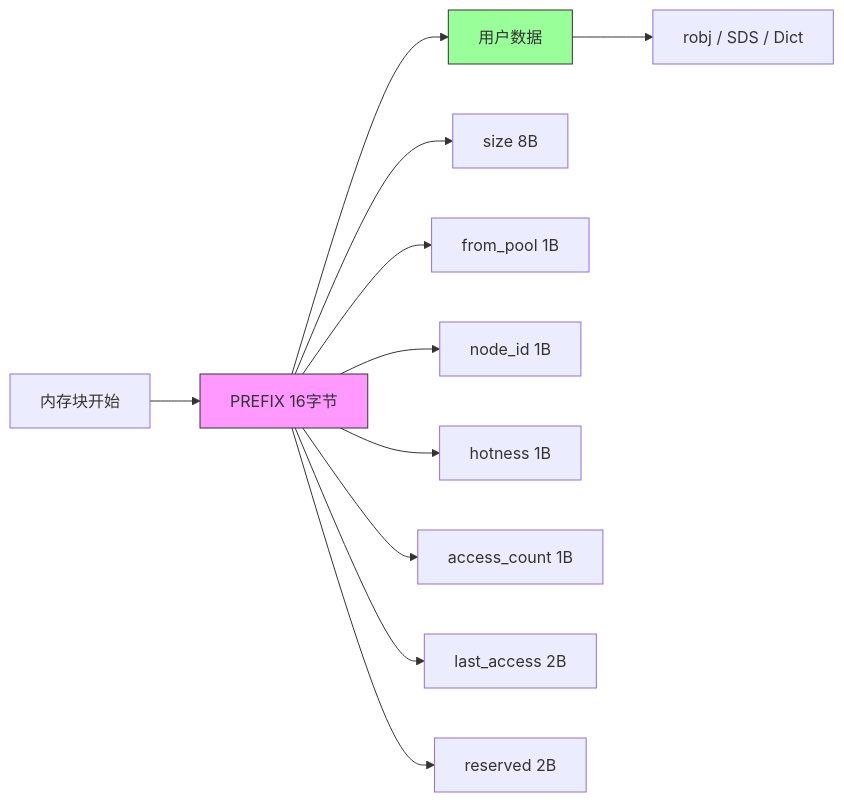
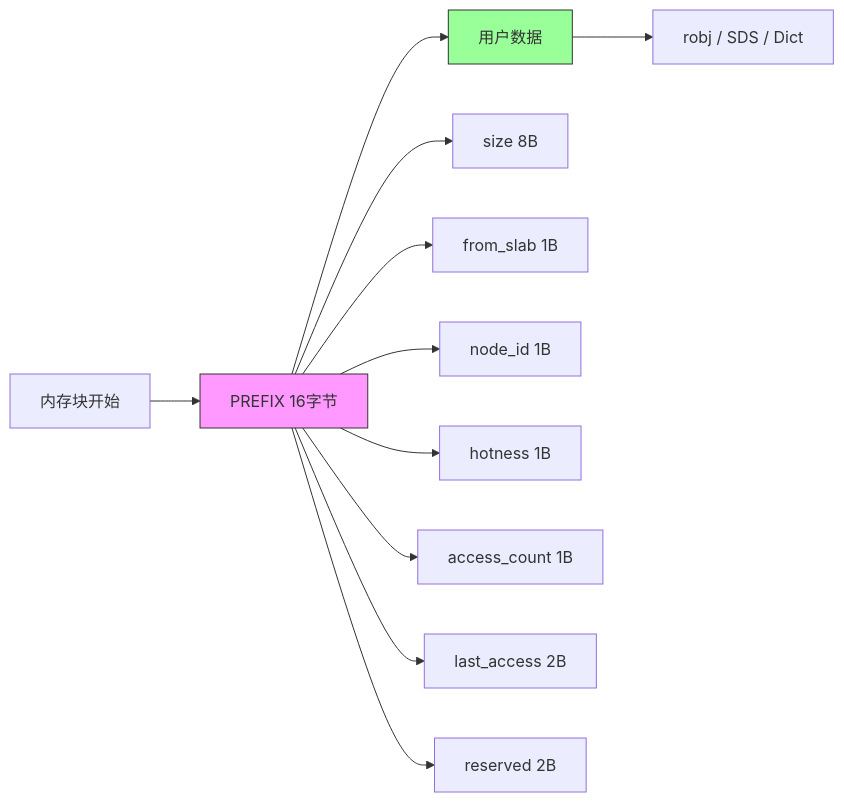
The diagram in docs/new/03-zmalloc-numa.md (xDJTomato/Redis-NUMA), drawn with Mermaid before and after one commit. The commit also changed other lines of this file and 53 other files, not shown here.

````diff
--- a/docs/new/03-zmalloc-numa.md
+++ b/docs/new/03-zmalloc-numa.md
@@ -30,18 +30,18 @@
 ```mermaid
 graph LR
     A[内存块开始] --> B[PREFIX 16字节]
     B --> C[用户数据]
-    
+
     B --> B1[size 8B]
-    B --> B2[from_pool 1B]
+    B --> B2[from_slab 1B]
     B --> B3[node_id 1B]
     B --> B4[hotness 1B]
     B --> B5[access_count 1B]
     B --> B6[last_access 2B]
     B --> B7[reserved 2B]
-    
+
     C --> D[robj / SDS / Dict]
-    
+
     style B fill:#f9f,stroke:#333
     style C fill:#9f9,stroke:#333
 ```
````
